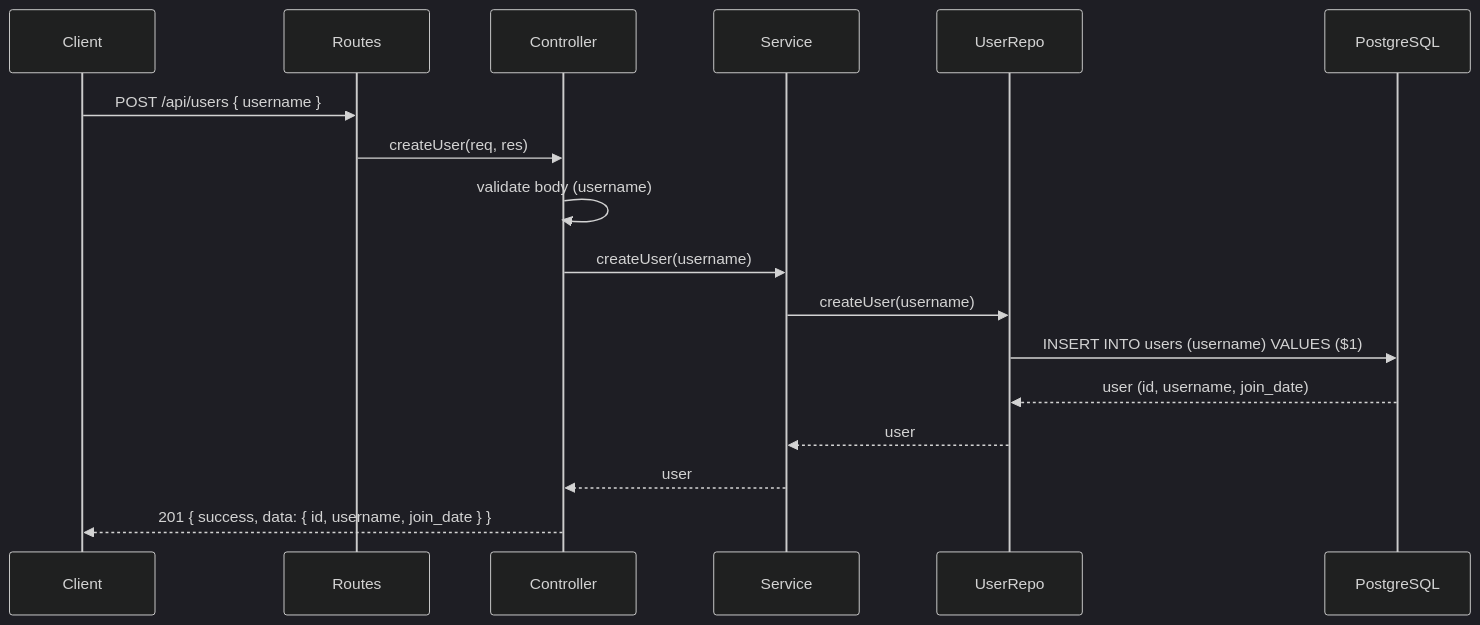
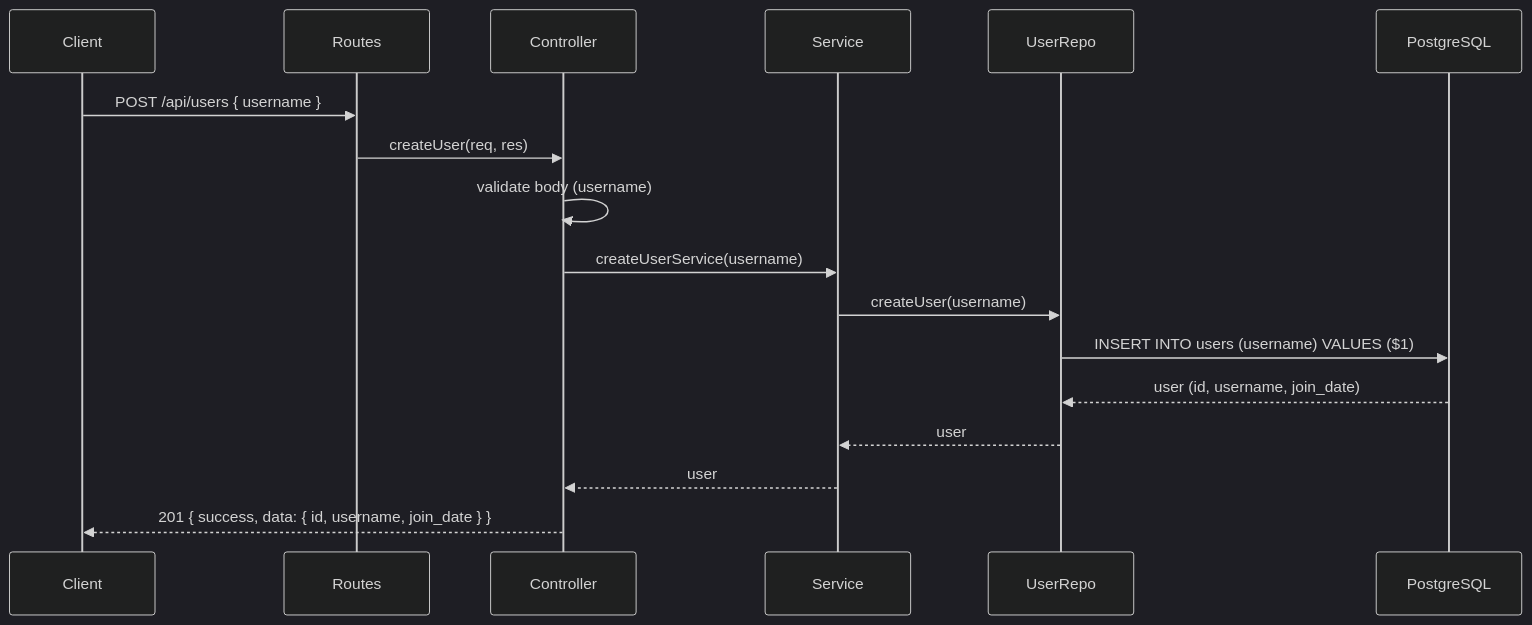
One commit to StayTrash/gaming-leaderboard changed the seventh of 10 diagrams in docs/SYSTEM_DESIGN_DIAGRAMS.md. Above: the diagram before and after it, drawn with Mermaid (dark theme). The commit also changed other lines of this file, not shown here.

Commit message:
update system design diagrams

````diff
--- a/docs/SYSTEM_DESIGN_DIAGRAMS.md
+++ b/docs/SYSTEM_DESIGN_DIAGRAMS.md
@@ -282,22 +285,22 @@
 ```mermaid
 sequenceDiagram
     participant Client
     participant Routes
     participant Controller
     participant Service
     participant UserRepo
     participant PG as PostgreSQL
 
     Client->>Routes: POST /api/users { username }
     Routes->>Controller: createUser(req, res)
     Controller->>Controller: validate body (username)
-    Controller->>Service: createUser(username)
+    Controller->>Service: createUserService(username)
 
     Service->>UserRepo: createUser(username)
     UserRepo->>PG: INSERT INTO users (username) VALUES ($1)
     PG-->>UserRepo: user (id, username, join_date)
     UserRepo-->>Service: user
 
     Service-->>Controller: user
     Controller-->>Client: 201 { success, data: { id, username, join_date } }
 ```
````
